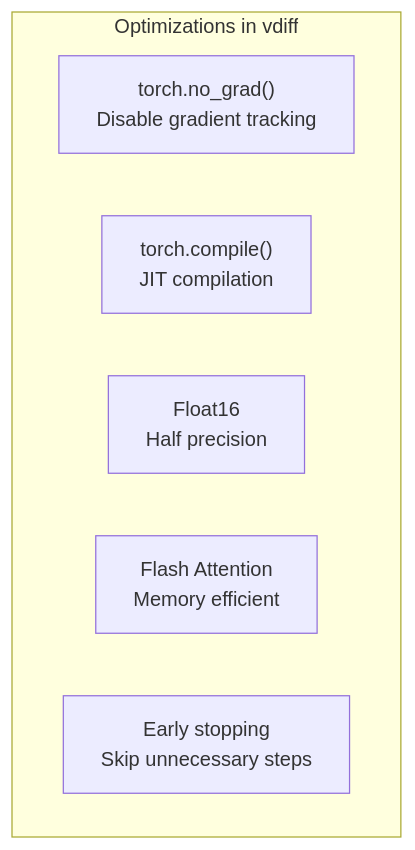
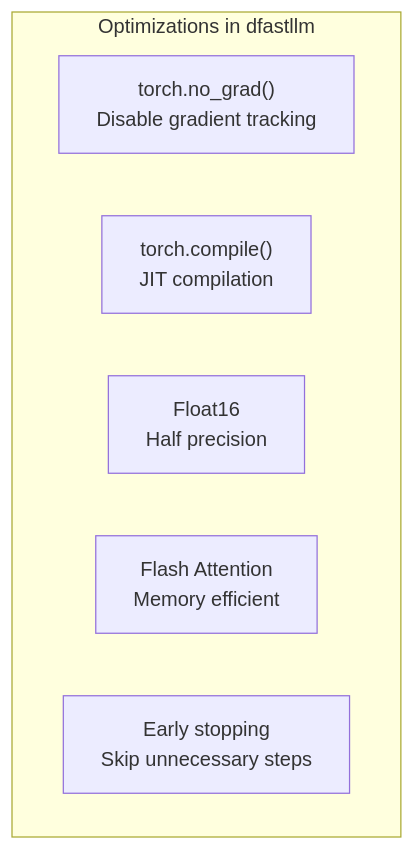
Before and after one commit to mwaykole/vdiff: diagram 16 of 17 in docs/dev-doc/05-diffusion.md, drawn with Mermaid. The commit also changed other lines of this file and 53 other files, not shown here.

First line of the commit message:
refactor: Rename all vdiff references to dfastllm

````diff
--- a/docs/dev-doc/05-diffusion.md
+++ b/docs/dev-doc/05-diffusion.md
@@ -456,10 +456,10 @@
 ```mermaid
 flowchart TB
-    subgraph Optimizations["Optimizations in vdiff"]
+    subgraph Optimizations["Optimizations in dfastllm"]
         O1["torch.no_grad()<br/>Disable gradient tracking"]
         O2["torch.compile()<br/>JIT compilation"]
         O3["Float16<br/>Half precision"]
         O4["Flash Attention<br/>Memory efficient"]
         O5["Early stopping<br/>Skip unnecessary steps"]
     end
 ```
````
